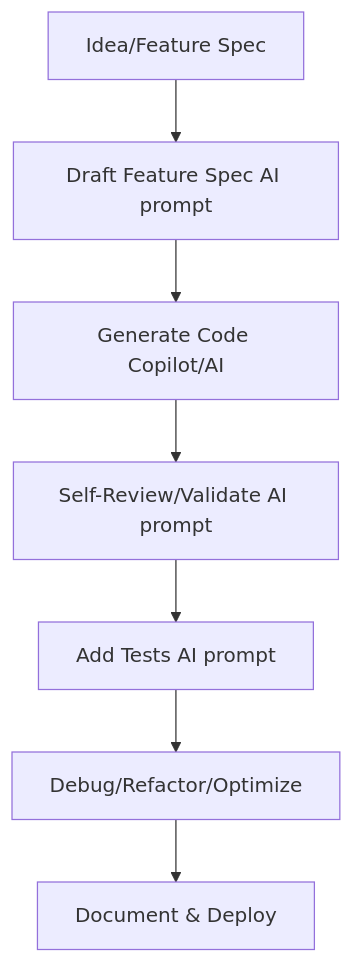
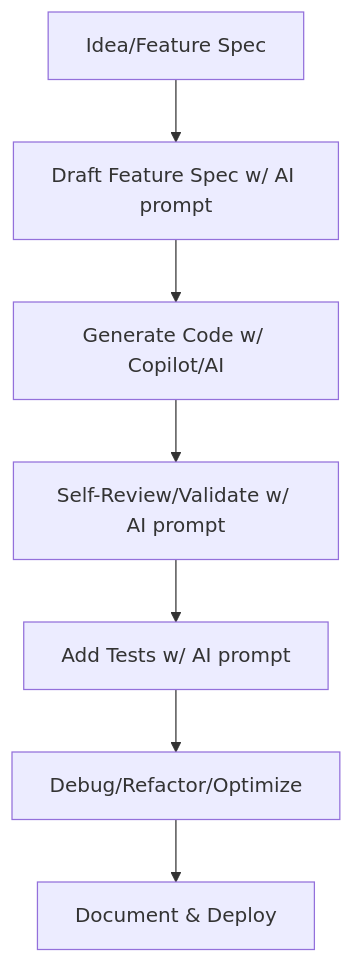
The first of 4 diagrams in dev_playbook/dev_playbook_master.md (kleinhob-cell/reference-guides), drawn with Mermaid before and after one commit.

Commit message:
Update workflow diagram: clarify feature spec and AI prompt descriptions

````diff
--- a/dev_playbook/dev_playbook_master.md
+++ b/dev_playbook/dev_playbook_master.md
@@ -209,9 +209,9 @@
 ```mermaid
 flowchart TD
-    A[Idea/Feature Spec] --> B[Draft Feature Spec AI prompt]
-    B --> C[Generate Code Copilot/AI]
-    C --> D[Self-Review/Validate AI prompt]
-    D --> E[Add Tests AI prompt]
+    A[Idea/Feature Spec] --> B[Draft Feature Spec w/ AI prompt]
+    B --> C[Generate Code w/ Copilot/AI]
+    C --> D[Self-Review/Validate w/ AI prompt]
+    D --> E[Add Tests w/ AI prompt]
     E --> F[Debug/Refactor/Optimize]
     F --> G[Document & Deploy]
 ```
````
